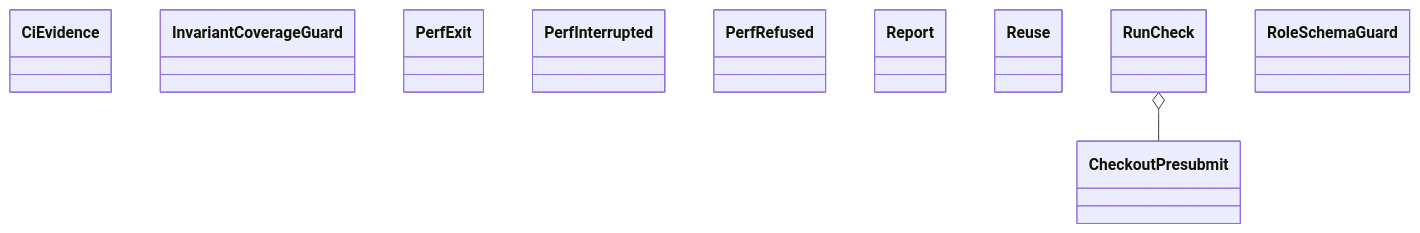
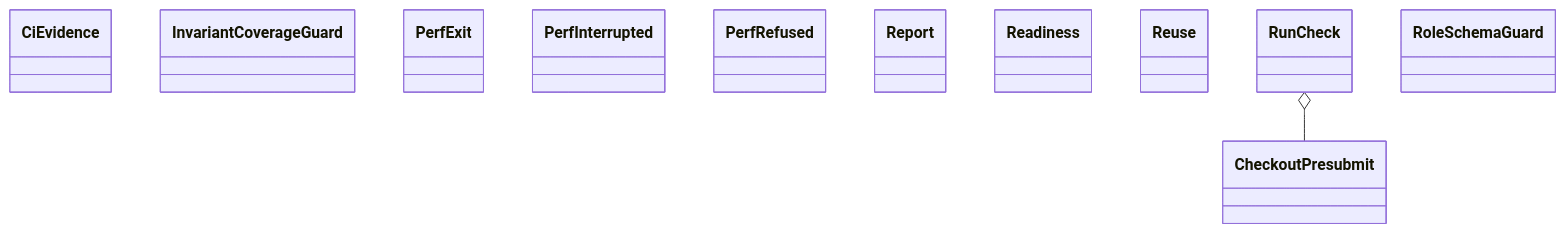
The diagram in docs/architecture/generated/classes-process-application-checks.md (GonzaloZevallos/agentic-system), drawn with Mermaid before and after one commit. The commit also changed other lines of this file and 16 other files, not shown here.

````diff
--- a/docs/architecture/generated/classes-process-application-checks.md
+++ b/docs/architecture/generated/classes-process-application-checks.md
@@ -16,14 +16,15 @@
 ```mermaid
 classDiagram
     class ci_review__CiEvidence["CiEvidence"]
     class coverage_guard__InvariantCoverageGuard["InvariantCoverageGuard"]
     class perf__PerfExit["PerfExit"]
     class perf__PerfInterrupted["PerfInterrupted"]
     class perf__PerfRefused["PerfRefused"]
     class perf__Report["Report"]
     class presubmit__CheckoutPresubmit["CheckoutPresubmit"]
+    class presubmit__Readiness["Readiness"]
     class presubmit__Reuse["Reuse"]
     class run_check__RunCheck["RunCheck"]
     class schema_guard__RoleSchemaGuard["RoleSchemaGuard"]
     run_check__RunCheck o-- presubmit__CheckoutPresubmit
 ```
````
